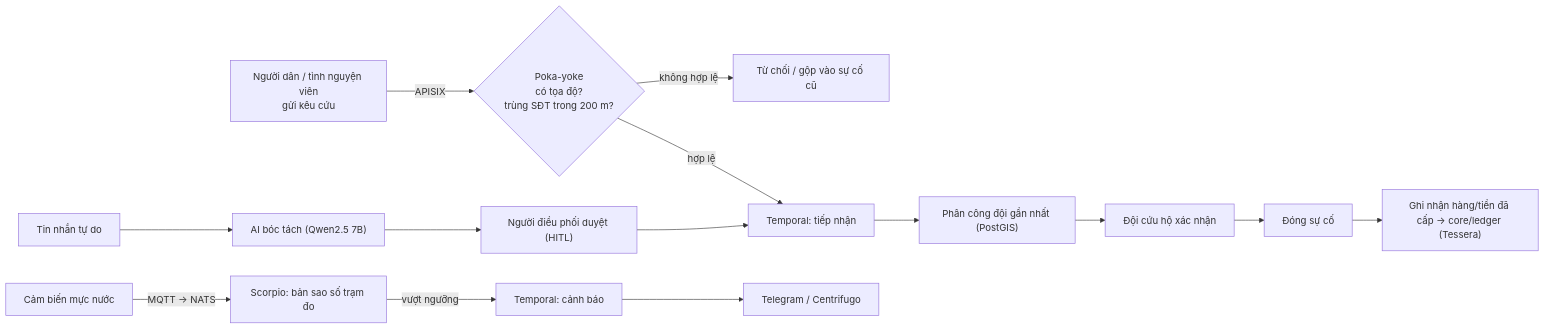
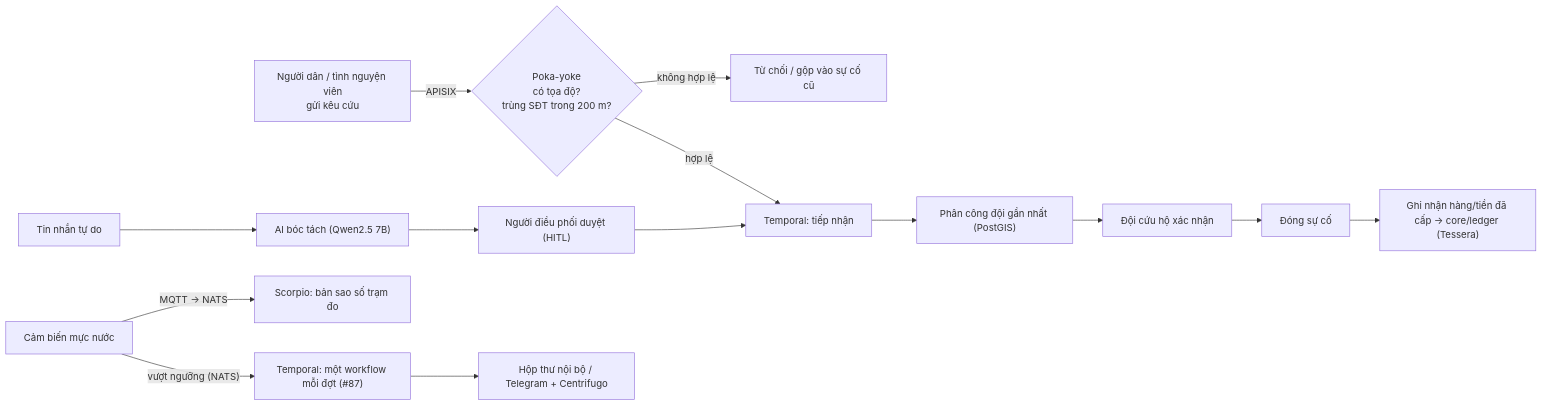
Before and after one commit to disaster-dxos/disaster-dxos: the eighth of 18 diagrams in docs/architecture.md, drawn with Mermaid. The commit also changed other lines of this file and 35 other files, not shown here.

````diff
--- a/docs/architecture.md
+++ b/docs/architecture.md
@@ -434,10 +434,11 @@
 ```mermaid
 flowchart LR
   A["Người dân / tình nguyện viên<br/>gửi kêu cứu"] -->|"APISIX"| B{"Poka-yoke<br/>có tọa độ?<br/>trùng SĐT trong 200 m?"}
   B -->|"không hợp lệ"| R["Từ chối / gộp vào sự cố cũ"]
   B -->|"hợp lệ"| C["Temporal: tiếp nhận"]
   A2["Tin nhắn tự do"] --> AI["AI bóc tách (Qwen2.5 7B)"] --> H["Người điều phối duyệt (HITL)"] --> C
   C --> D["Phân công đội gần nhất (PostGIS)"] --> E["Đội cứu hộ xác nhận"] --> F["Đóng sự cố"]
-  S["Cảm biến mực nước"] -->|"MQTT → NATS"| N["Scorpio: bản sao số trạm đo"] -->|"vượt ngưỡng"| W["Temporal: cảnh báo"] --> T["Telegram / Centrifugo"]
+  S["Cảm biến mực nước"] -->|"MQTT → NATS"| N["Scorpio: bản sao số trạm đo"]
+  S -->|"vượt ngưỡng (NATS)"| W["Temporal: một workflow mỗi đợt (#87)"] --> T["Hộp thư nội bộ / Telegram + Centrifugo"]
   F --> L["Ghi nhận hàng/tiền đã cấp → core/ledger (Tessera)"]
 ```
````
